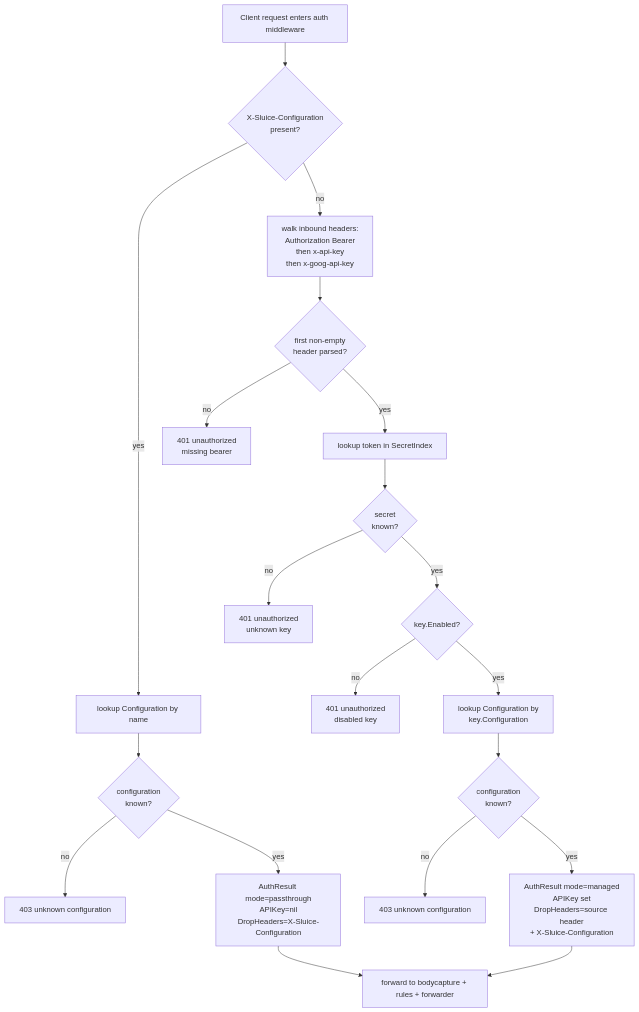
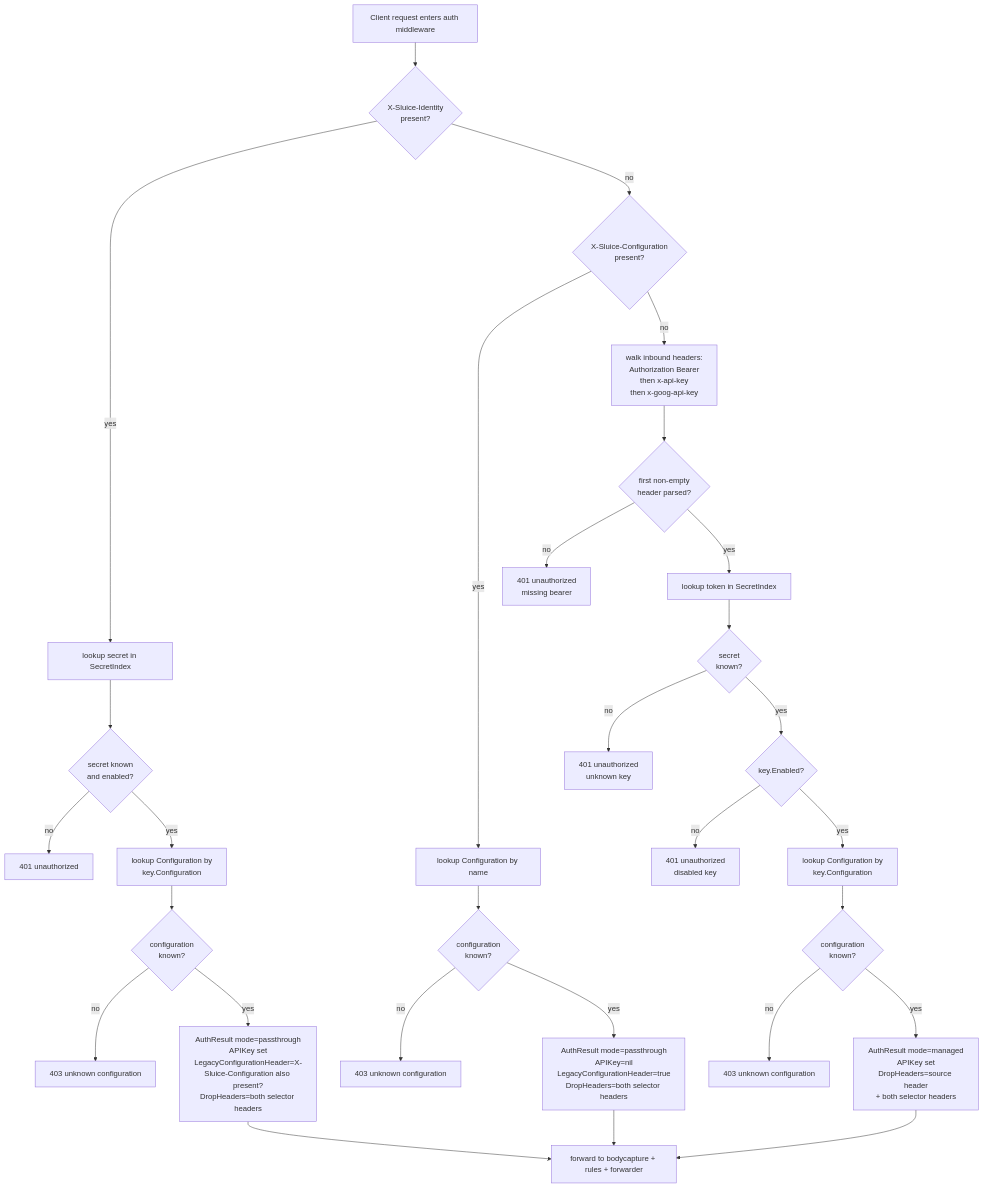
One commit to andyjmorgan/slipspace-gateway changed the first of 3 diagrams in docs/auth.md. Above: the diagram before and after it, drawn with Mermaid. The commit also changed other lines of this file and 4 other files, not shown here.

````diff
--- a/docs/auth.md
+++ b/docs/auth.md
@@ -48,22 +49,31 @@
 ```mermaid
 flowchart TB
-    Start[Client request enters auth middleware] --> CfgHdr{X-Sluice-Configuration<br/>present?}
+    Start[Client request enters auth middleware] --> IdHdr{X-Sluice-Identity<br/>present?}
+    IdHdr -- yes --> IdLookup[lookup secret in SecretIndex]
+    IdLookup --> IdFound{secret known<br/>and enabled?}
+    IdFound -- no --> Err401id[401 unauthorized]
+    IdFound -- yes --> IdCfg[lookup Configuration by<br/>key.Configuration]
+    IdCfg --> IdCfgFound{configuration<br/>known?}
+    IdCfgFound -- no --> Err403id[403 unknown configuration]
+    IdCfgFound -- yes --> PassResultId[AuthResult mode=passthrough<br/>APIKey set<br/>LegacyConfigurationHeader=X-Sluice-Configuration also present?<br/>DropHeaders=both selector headers]
+    IdHdr -- no --> CfgHdr{X-Sluice-Configuration<br/>present?}
     CfgHdr -- yes --> CfgLookup[lookup Configuration by name]
     CfgLookup --> CfgFound{configuration<br/>known?}
     CfgFound -- no --> Err403[403 unknown configuration]
-    CfgFound -- yes --> PassResult[AuthResult mode=passthrough<br/>APIKey=nil<br/>DropHeaders=X-Sluice-Configuration]
+    CfgFound -- yes --> PassResult[AuthResult mode=passthrough<br/>APIKey=nil<br/>LegacyConfigurationHeader=true<br/>DropHeaders=both selector headers]
     CfgHdr -- no --> Discover[walk inbound headers:<br/>Authorization Bearer<br/>then x-api-key<br/>then x-goog-api-key]
     Discover --> Found{first non-empty<br/>header parsed?}
     Found -- no --> Err401a[401 unauthorized<br/>missing bearer]
     Found -- yes --> SecretLookup[lookup token in SecretIndex]
     SecretLookup --> SecretFound{secret<br/>known?}
     SecretFound -- no --> Err401b[401 unauthorized<br/>unknown key]
     SecretFound -- yes --> Enabled{key.Enabled?}
     Enabled -- no --> Err401c[401 unauthorized<br/>disabled key]
     Enabled -- yes --> CfgByKey[lookup Configuration by<br/>key.Configuration]
     CfgByKey --> CfgFound2{configuration<br/>known?}
     CfgFound2 -- no --> Err403b[403 unknown configuration]
-    CfgFound2 -- yes --> ManagedResult[AuthResult mode=managed<br/>APIKey set<br/>DropHeaders=source header<br/>+ X-Sluice-Configuration]
-    PassResult --> Forward[forward to bodycapture + rules + forwarder]
+    CfgFound2 -- yes --> ManagedResult[AuthResult mode=managed<br/>APIKey set<br/>DropHeaders=source header<br/>+ both selector headers]
+    PassResultId --> Forward[forward to bodycapture + rules + forwarder]
+    PassResult --> Forward
     ManagedResult --> Forward
 ```
````
